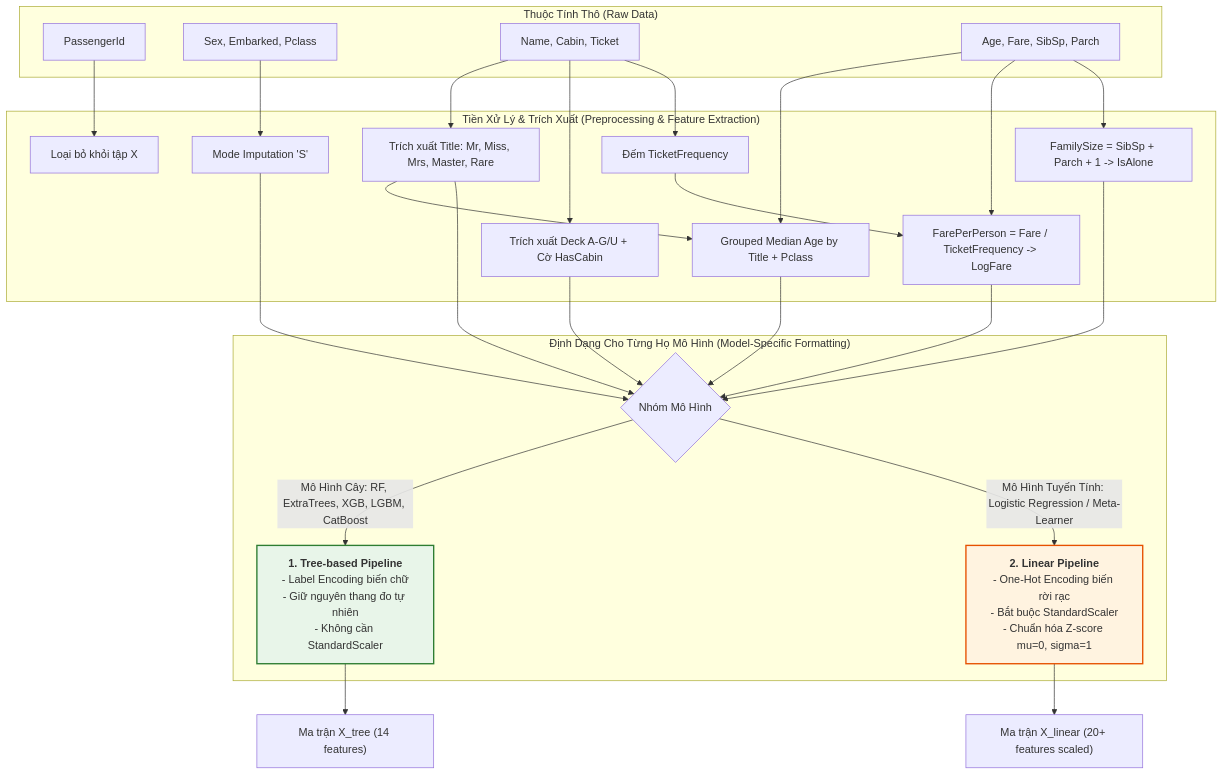
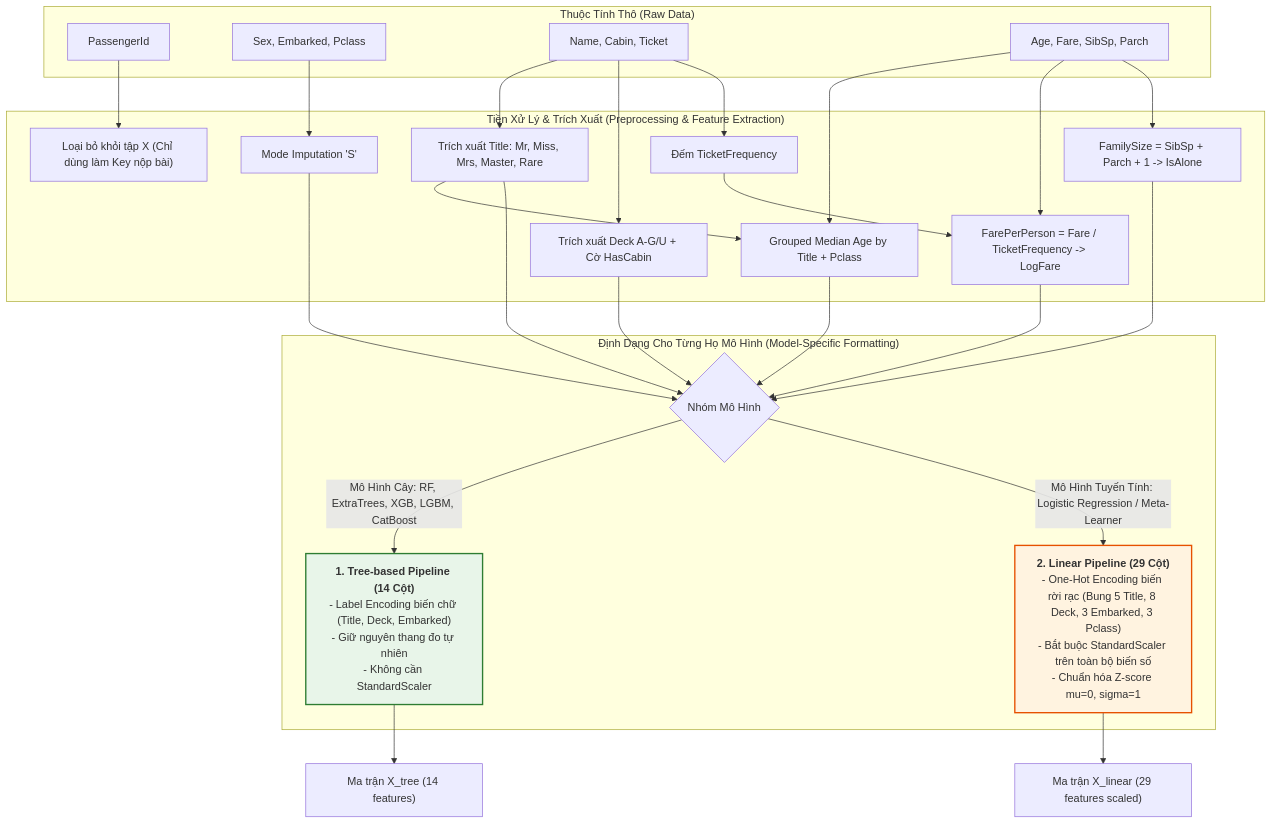
Before and after one commit to KhoaS84/kaggle-key: the diagram in competition/titanic/DATA_DICTIONARY.md, drawn with Mermaid. The commit also changed other lines of this file, not shown here.

Commit message:
docs: add detailed comparison of X_tree (14 cols) vs X_linear (29 cols) with mathematical rationale

````diff
--- a/competition/titanic/DATA_DICTIONARY.md
+++ b/competition/titanic/DATA_DICTIONARY.md
@@ -129,34 +129,34 @@
 ```mermaid
 flowchart TD
     subgraph RawData ["Thuộc Tính Thô (Raw Data)"]
         Raw_ID["PassengerId"]
         Raw_Cat["Sex, Embarked, Pclass"]
         Raw_Text["Name, Cabin, Ticket"]
         Raw_Num["Age, Fare, SibSp, Parch"]
     end
 
     subgraph Preprocessing ["Tiền Xử Lý & Trích Xuất (Preprocessing & Feature Extraction)"]
-        Raw_ID --> DropID["Loại bỏ khỏi tập X"]
+        Raw_ID --> DropID["Loại bỏ khỏi tập X (Chỉ dùng làm Key nộp bài)"]
         Raw_Text --> FE_Name["Trích xuất Title: Mr, Miss, Mrs, Master, Rare"]
         Raw_Text --> FE_Cabin["Trích xuất Deck A-G/U + Cờ HasCabin"]
         Raw_Text --> FE_Ticket["Đếm TicketFrequency"]
         
         Raw_Num & FE_Name --> Imp_Age["Grouped Median Age by Title + Pclass"]
         Raw_Num & FE_Ticket --> Calc_Fare["FarePerPerson = Fare / TicketFrequency -> LogFare"]
         Raw_Num --> Calc_Fam["FamilySize = SibSp + Parch + 1 -> IsAlone"]
         Raw_Cat --> Imp_Emb["Mode Imputation 'S'"]
     end
 
     subgraph ModelFormatting ["Định Dạng Cho Từng Họ Mô Hình (Model-Specific Formatting)"]
         Imp_Age & Calc_Fare & Calc_Fam & FE_Cabin & Imp_Emb & FE_Name --> Split{"Nhóm Mô Hình"}
         
-        Split -->|Mô Hình Cây: RF, ExtraTrees, XGB, LGBM, CatBoost| TreePipe["<b>1. Tree-based Pipeline</b><br>- Label Encoding biến chữ<br>- Giữ nguyên thang đo tự nhiên<br>- Không cần StandardScaler"]
-        Split -->|Mô Hình Tuyến Tính: Logistic Regression / Meta-Learner| LinearPipe["<b>2. Linear Pipeline</b><br>- One-Hot Encoding biến rời rạc<br>- Bắt buộc StandardScaler<br>- Chuẩn hóa Z-score mu=0, sigma=1"]
+        Split -->|Mô Hình Cây: RF, ExtraTrees, XGB, LGBM, CatBoost| TreePipe["<b>1. Tree-based Pipeline (14 Cột)</b><br>- Label Encoding biến chữ (Title, Deck, Embarked)<br>- Giữ nguyên thang đo tự nhiên<br>- Không cần StandardScaler"]
+        Split -->|Mô Hình Tuyến Tính: Logistic Regression / Meta-Learner| LinearPipe["<b>2. Linear Pipeline (29 Cột)</b><br>- One-Hot Encoding biến rời rạc (Bung 5 Title, 8 Deck, 3 Embarked, 3 Pclass)<br>- Bắt buộc StandardScaler trên toàn bộ biến số<br>- Chuẩn hóa Z-score mu=0, sigma=1"]
     end
 
     TreePipe --> Output_Tree["Ma trận X_tree (14 features)"]
-    LinearPipe --> Output_Linear["Ma trận X_linear (20+ features scaled)"]
+    LinearPipe --> Output_Linear["Ma trận X_linear (29 features scaled)"]
     
     style TreePipe fill:#e8f5e9,stroke:#2e7d32,stroke-width:2px;
     style LinearPipe fill:#fff3e0,stroke:#e65100,stroke-width:2px;
 ```
````
